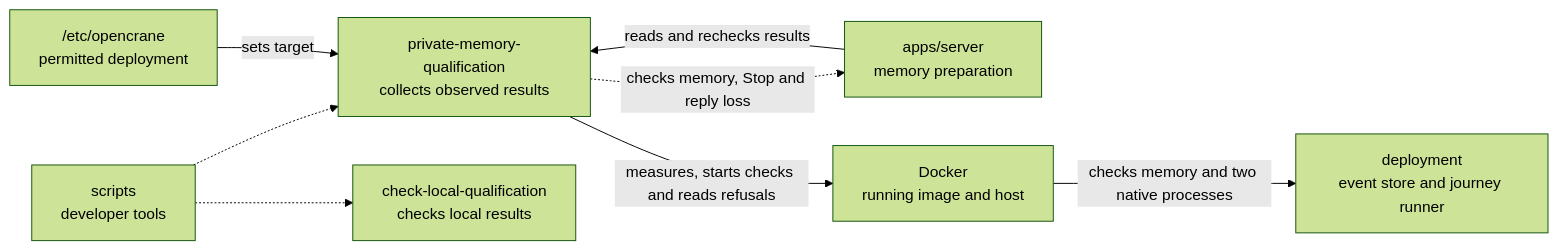
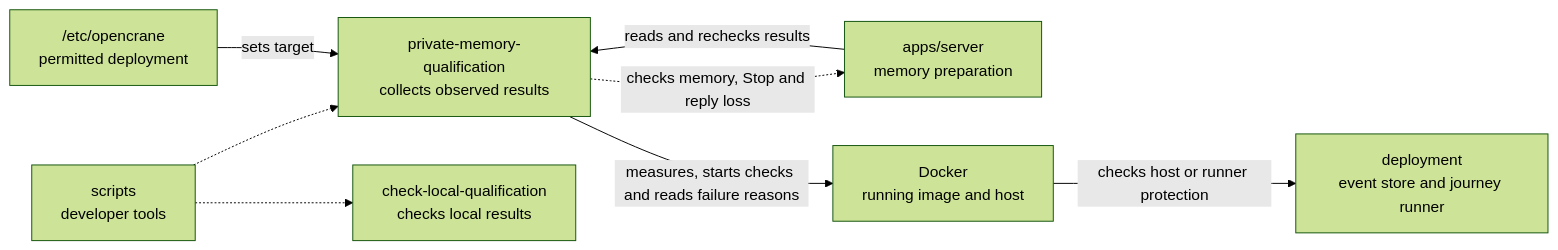
The diagram in scripts/private-memory-qualification/README.md (elewa-git/opencrane-new), drawn with Mermaid (forest theme) before and after one commit. The commit also changed other lines of this file and 26 other files, not shown here.

First line of the commit message:
🛡️ Memory qualification proves from inside its container that swap and core dumps are off, and names any failed protection (#885)

````diff
--- a/scripts/private-memory-qualification/README.md
+++ b/scripts/private-memory-qualification/README.md
@@ -18,10 +18,10 @@
 ```mermaid
 flowchart LR
   scripts["scripts<br/>developer tools"] -.-> collector["private-memory-qualification<br/>collects observed results"]
   scripts -.-> sibling["check-local-qualification<br/>checks local results"]
   server["apps/server<br/>memory preparation"] -->|reads and rechecks results| collector
   collector -.->|checks memory, Stop and reply loss| server
   config["/etc/opencrane<br/>permitted deployment"] -->|sets target| collector
-  collector -->|measures, starts checks and reads refusals| docker["Docker<br/>running image and host"]
-  docker -->|checks memory and two native processes| deployment["deployment<br/>event store and journey runner"]
+  collector -->|measures, starts checks and reads failure reasons| docker["Docker<br/>running image and host"]
+  docker -->|checks host or runner protection| deployment["deployment<br/>event store and journey runner"]
 ```
````
